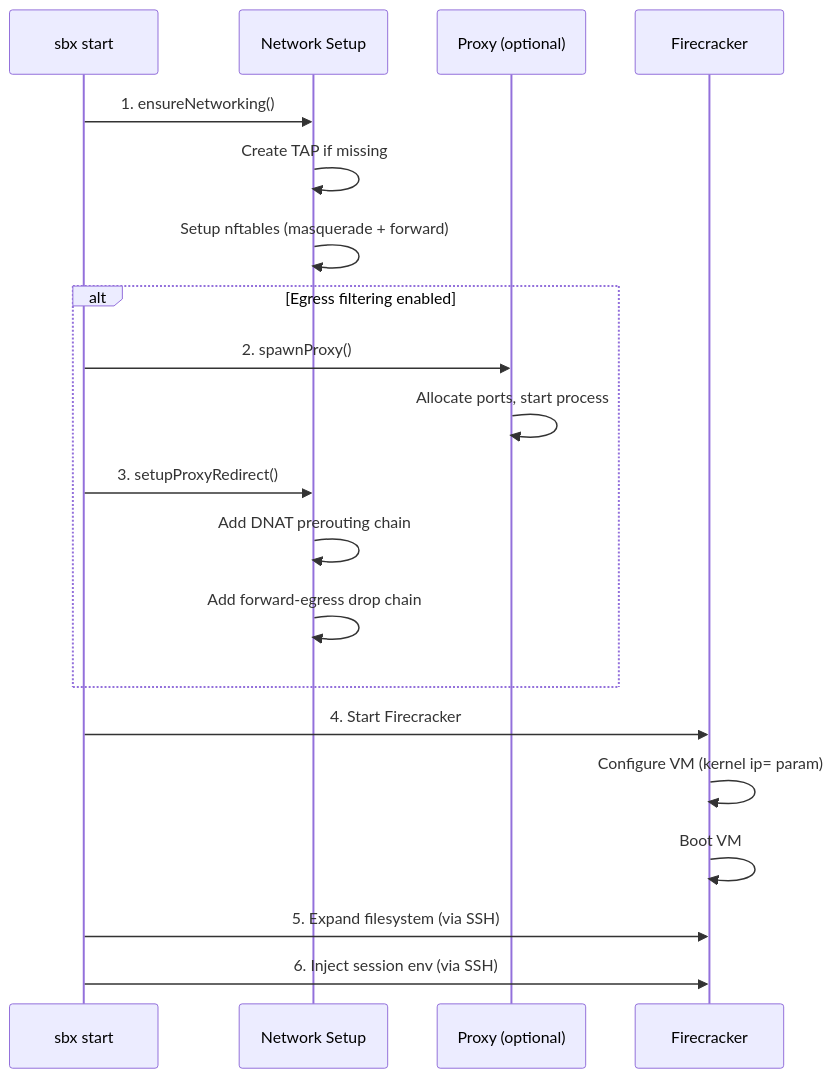
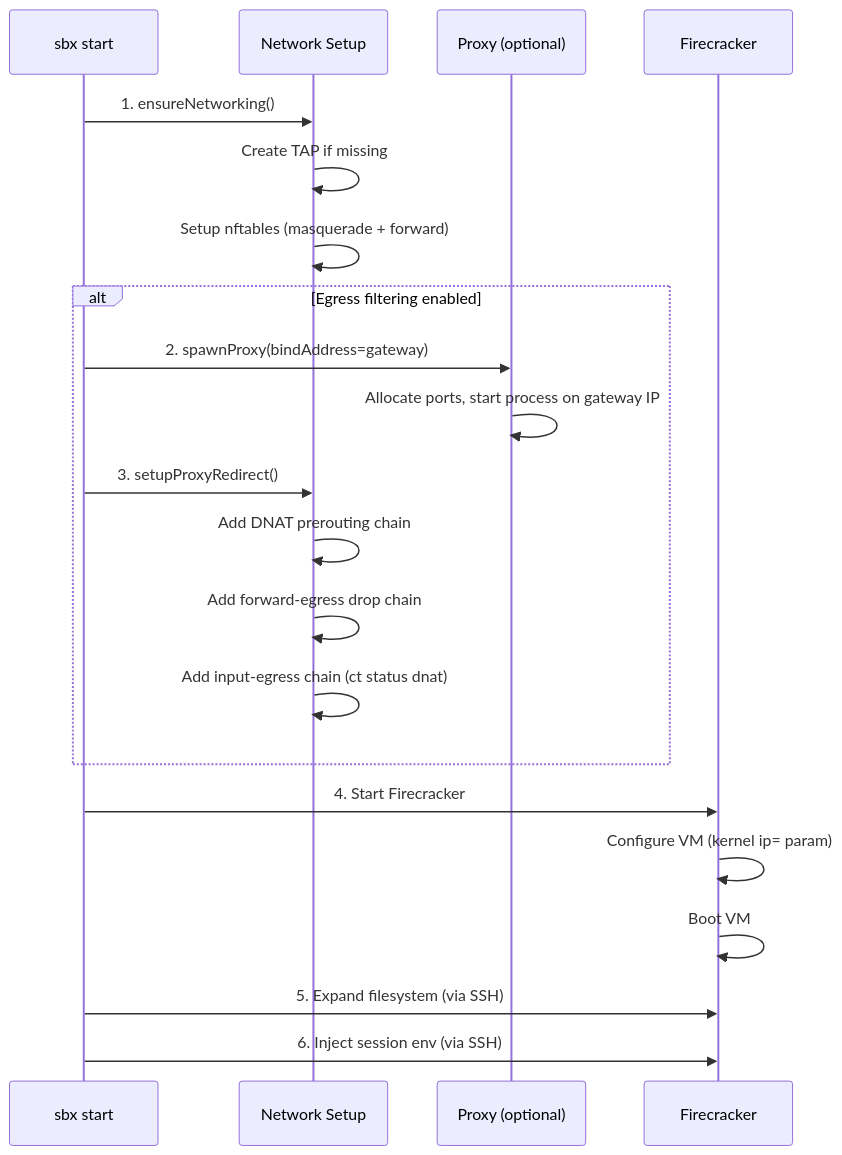
One commit to slok/sbx changed the sixth of 6 diagrams in docs/networking.md. Above: the diagram before and after it, drawn with Mermaid. The commit also changed other lines of this file and 2 other files, not shown here.

First line of the commit message:
Add nftables INPUT chain to block VM-to-host traffic (#52)

````diff
--- a/docs/networking.md
+++ b/docs/networking.md
@@ -441,25 +480,26 @@
 ```mermaid
 sequenceDiagram
     participant CLI as sbx start
     participant NET as Network Setup
     participant PROXY as Proxy (optional)
     participant FC as Firecracker
 
     CLI->>NET: 1. ensureNetworking()
     NET->>NET: Create TAP if missing
     NET->>NET: Setup nftables (masquerade + forward)
 
     alt Egress filtering enabled
-        CLI->>PROXY: 2. spawnProxy()
-        PROXY->>PROXY: Allocate ports, start process
+        CLI->>PROXY: 2. spawnProxy(bindAddress=gateway)
+        PROXY->>PROXY: Allocate ports, start process on gateway IP
         CLI->>NET: 3. setupProxyRedirect()
         NET->>NET: Add DNAT prerouting chain
         NET->>NET: Add forward-egress drop chain
+        NET->>NET: Add input-egress chain (ct status dnat)
     end
 
     CLI->>FC: 4. Start Firecracker
     FC->>FC: Configure VM (kernel ip= param)
     FC->>FC: Boot VM
     CLI->>FC: 5. Expand filesystem (via SSH)
     CLI->>FC: 6. Inject session env (via SSH)
 ```
````
